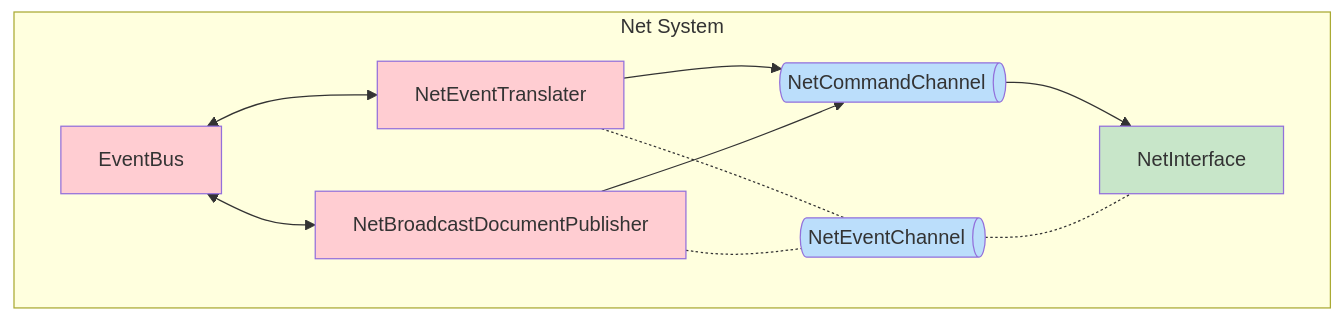
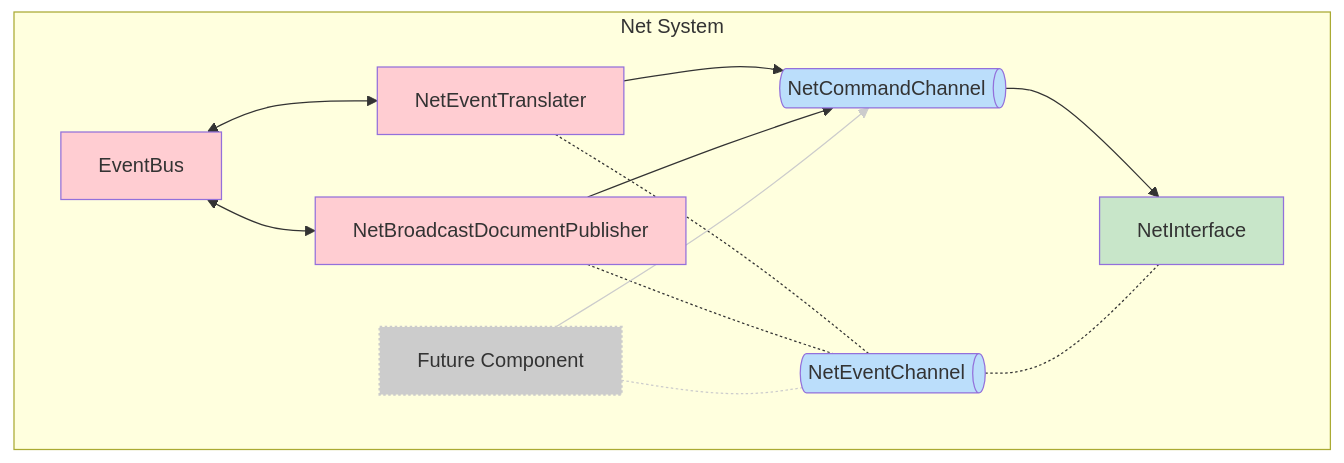
The diagram in architecture/content/systems/Net System.md (gnosisguild/enclave), drawn with Mermaid before and after one commit. The commit also changed other lines of this file and 42 other files, not shown here.

````diff
--- a/architecture/content/systems/Net System.md
+++ b/architecture/content/systems/Net System.md
@@ -11,27 +9,39 @@
 ```mermaid
 flowchart TB
-	subgraph s1["Net System</br>"]
+    subgraph s1["Net System"]
         NET["NetEventTranslater"]
         NBDP["NetBroadcastDocumentPublisher"]
         EB["EventBus"]
         NCC["NetCommandChannel"]
         NEC["NetEventChannel"]
         NI["NetInterface"]
-	end
+        FC["Future Component"]
+    end
     EB <--> NET & NBDP
     NET --> NCC
     NET -.- NEC
     NCC --> NI
     NEC -.- NI
     NBDP --> NCC
     NBDP -.- NEC
+    FC -.- NEC
+    FC --> NCC
 
     NCC@{ shape: h-cyl}
     NEC@{ shape: h-cyl}
     style NET fill:#FFCDD2
     style NBDP fill:#FFCDD2
     style EB fill:#FFCDD2
     style NCC stroke-width:1px,stroke-dasharray: 0,fill:#BBDEFB
     style NEC stroke-width:1px,stroke-dasharray: 0,fill:#BBDEFB
     style NI stroke-width:1px,stroke-dasharray: 0,fill:#C8E6C9
+    style FC fill:#CCCCCC,stroke-width:2px,stroke-dasharray: 2,stroke:#CCCCCC
+	class EB internal-link
+	class NET internal-link
+	class NI internal-link
+	class NCC internal-link
+	class NEC internal-link
+	class NBDP internal-link
+    linkStyle 8 stroke:#CCCCCC,fill:none
+    linkStyle 9 stroke:#CCCCCC,fill:none
 ```
````
